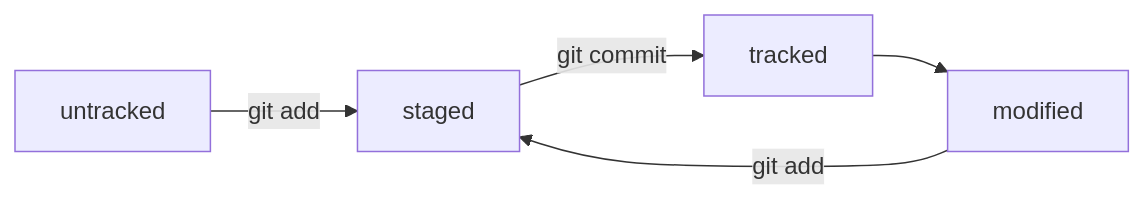
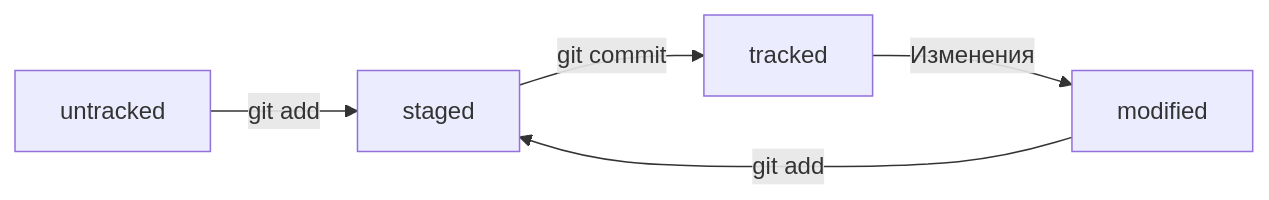
Before and after one commit to Suren73/second-project: the diagram in README.md, drawn with Mermaid.

Commit message:
Добавить mermaid-схему

````diff
--- a/README.md
+++ b/README.md
@@ -222,7 +222,7 @@
 ```mermaid
 graph LR;
 A[untracked] -- "git add" --> C[staged]
 B[modified] -- "git add" --> C[staged]
 C[staged] -- "git commit" --> D[tracked]
-D[tracked] --> B[modified]
+D[tracked] -- "Изменения" --> B[modified]
 ```
````
